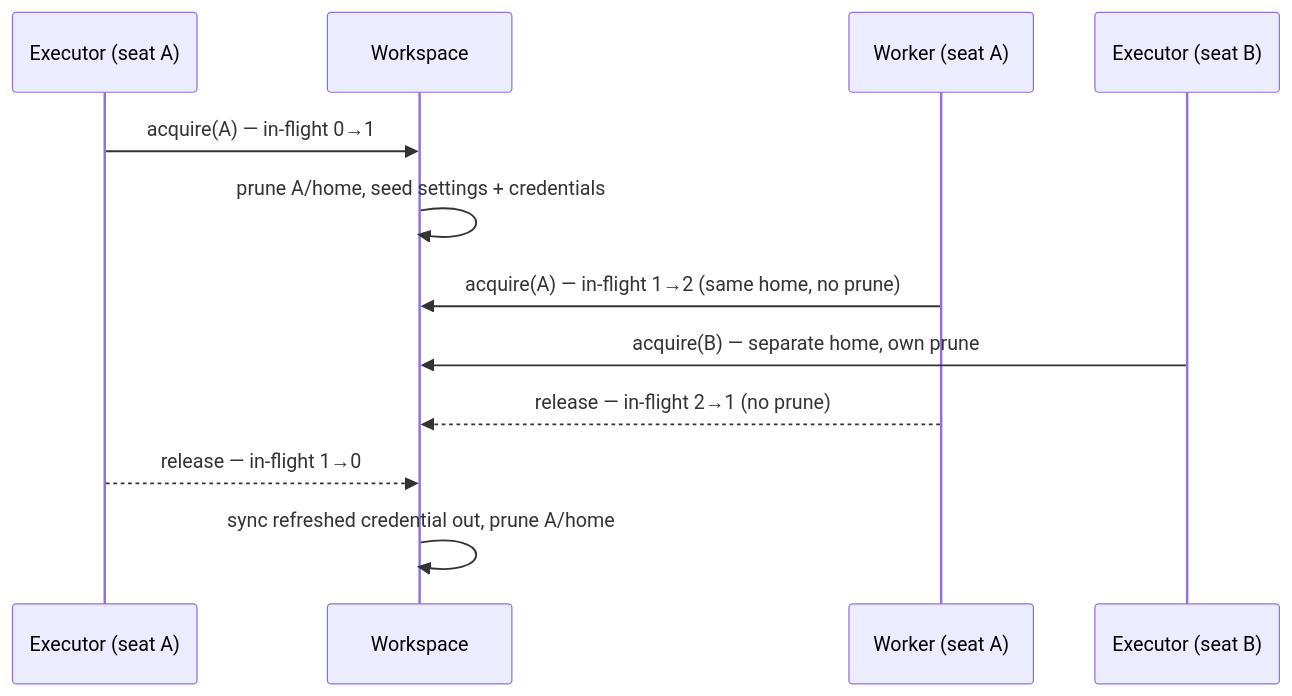
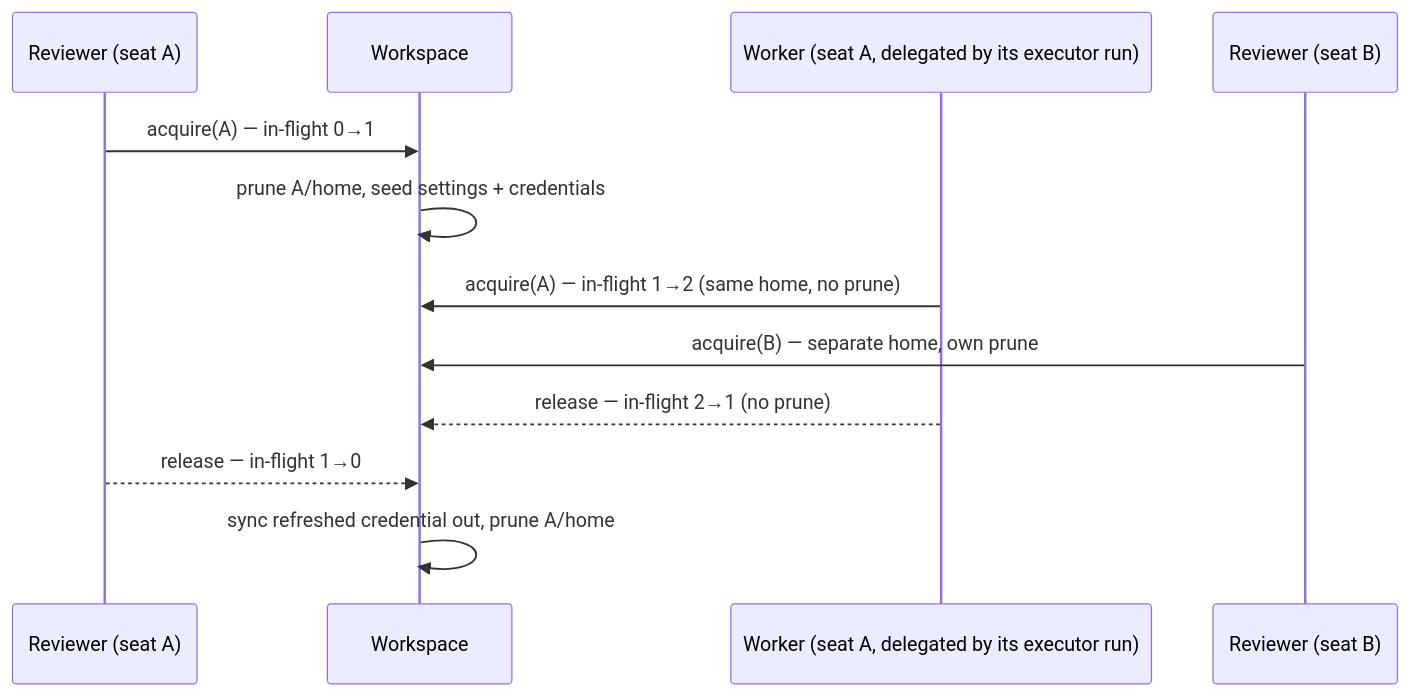
Before and after one commit to crewlet/crewlet: the first of 2 diagrams in docs/concepts/llm-backends.md, drawn with Mermaid. The commit also changed other lines of this file and 23 other files, not shown here.

````diff
--- a/docs/concepts/llm-backends.md
+++ b/docs/concepts/llm-backends.md
@@ -923,14 +932,14 @@
 ```mermaid
 sequenceDiagram
-    participant P as Executor (seat A)
+    participant P as Reviewer (seat A)
     participant W as Workspace
-    participant S as Worker (seat A)
-    participant B as Executor (seat B)
+    participant S as Worker (seat A, delegated by its executor run)
+    participant B as Reviewer (seat B)
     P->>W: acquire(A) — in-flight 0→1
     W->>W: prune A/home, seed settings + credentials
     S->>W: acquire(A) — in-flight 1→2 (same home, no prune)
     B->>W: acquire(B) — separate home, own prune
     S-->>W: release — in-flight 2→1 (no prune)
     P-->>W: release — in-flight 1→0
     W->>W: sync refreshed credential out, prune A/home
 ```
````
